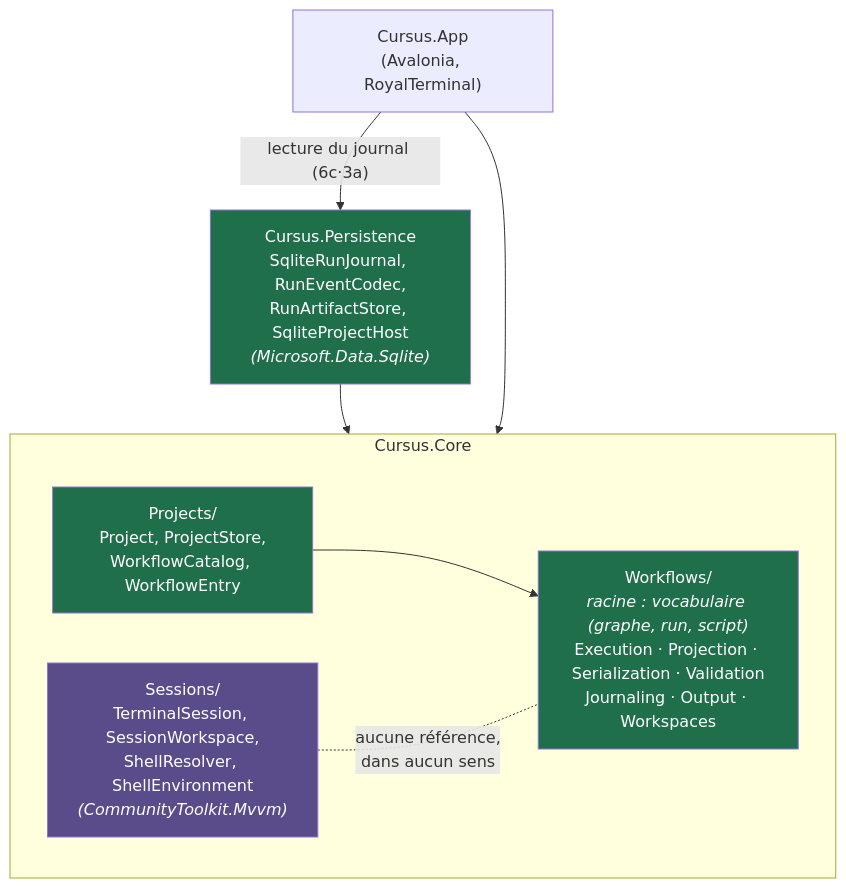
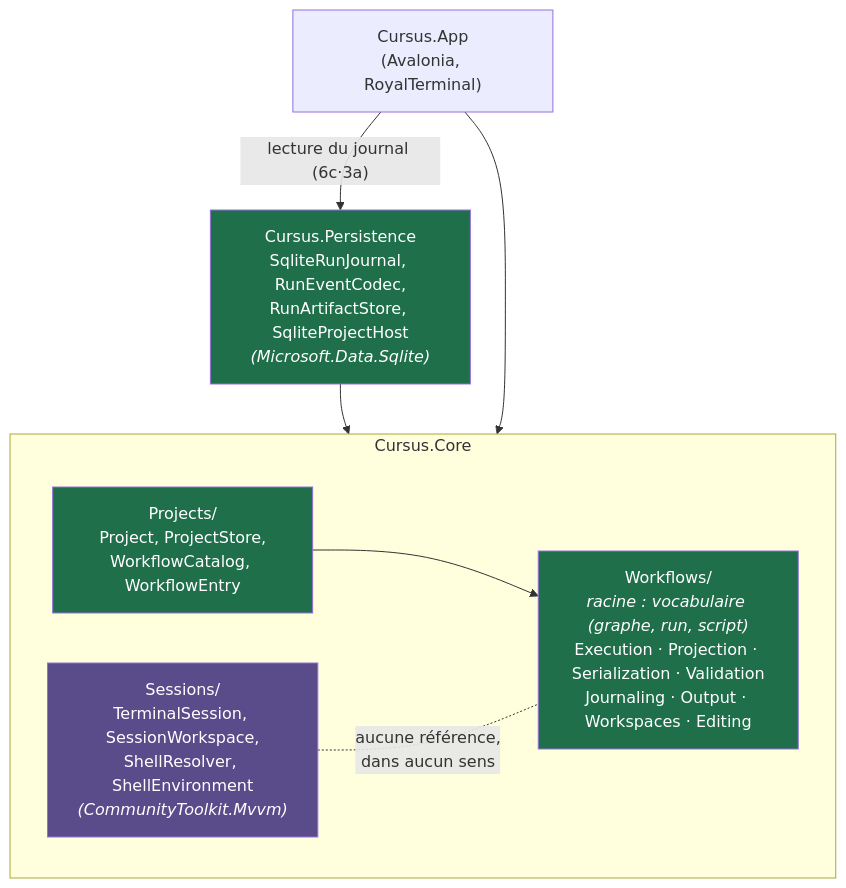
One commit to Apemb/Cursus changed the first of 4 diagrams in docs/design/architecture.md. Above: the diagram before and after it, drawn with Mermaid. The commit also changed other lines of this file and 5 other files, not shown here.

````diff
--- a/docs/design/architecture.md
+++ b/docs/design/architecture.md
@@ -56,18 +56,18 @@
 ```mermaid
 graph TD
     subgraph CoreLib["Cursus.Core"]
         Sessions["Sessions/<br/>TerminalSession, SessionWorkspace,<br/>ShellResolver, ShellEnvironment<br/><i>(CommunityToolkit.Mvvm)</i>"]
-        Workflows["Workflows/<br/><i>racine : vocabulaire (graphe, run, script)</i><br/>Execution · Projection · Serialization · Validation<br/>Journaling · Output · Workspaces"]
+        Workflows["Workflows/<br/><i>racine : vocabulaire (graphe, run, script)</i><br/>Execution · Projection · Serialization · Validation<br/>Journaling · Output · Workspaces · Editing"]
         Projects["Projects/<br/>Project, ProjectStore,<br/>WorkflowCatalog, WorkflowEntry"]
     end
     Projects --> Workflows
     Persistence["Cursus.Persistence<br/>SqliteRunJournal, RunEventCodec,<br/>RunArtifactStore, SqliteProjectHost<br/><i>(Microsoft.Data.Sqlite)</i>"] --> CoreLib
     App["Cursus.App<br/>(Avalonia, RoyalTerminal)"] --> CoreLib
     App -- "lecture du journal (6c·3a)" --> Persistence
     Sessions -. "aucune référence,<br/>dans aucun sens" .- Workflows
 
     style Workflows fill:#1f6f4a,color:#fff
     style Projects fill:#1f6f4a,color:#fff
     style Persistence fill:#1f6f4a,color:#fff
     style Sessions fill:#5a4b8a,color:#fff
 ```
````
